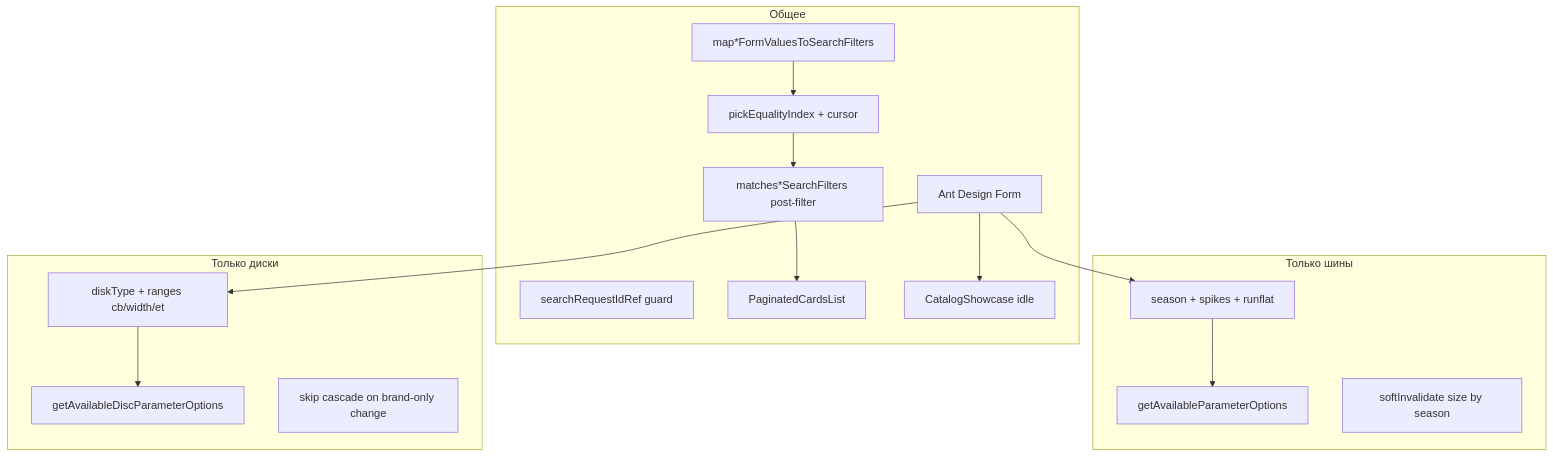
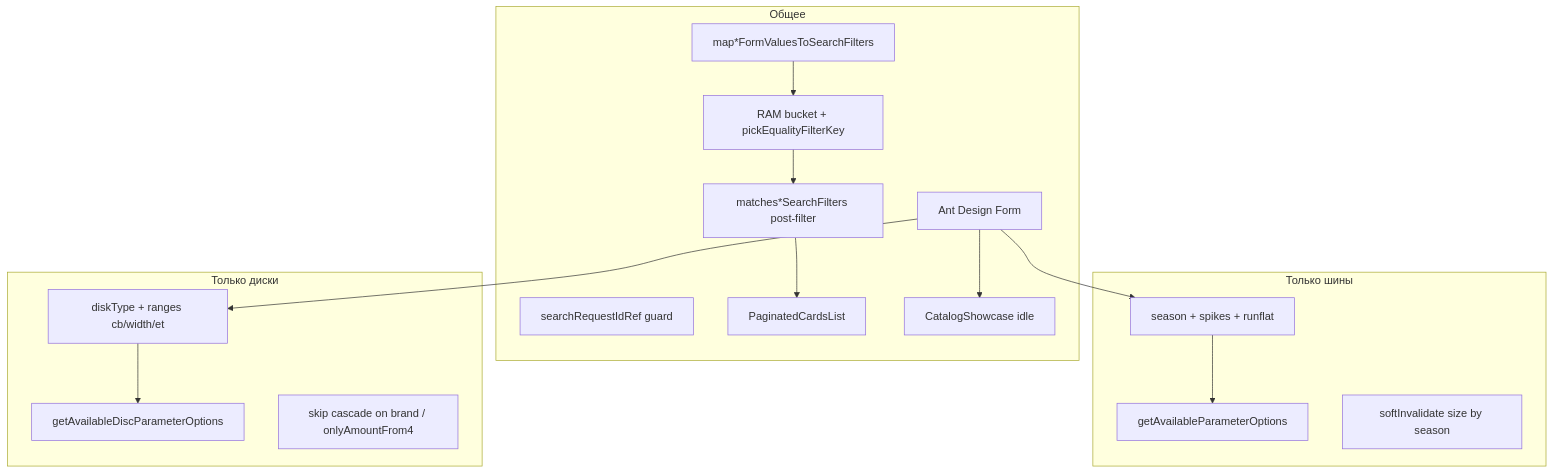
The second of 2 diagrams in docs/08-search-showcase/tire-and-disc-search.md (iscander-b10/tyres_discs), drawn with Mermaid before and after one commit. The commit also changed other lines of this file and 25 other files, not shown here.

Commit message:
Speed up catalog search by reading RAM cache instead of scanning IndexedDB on every filter change.

````diff
--- a/docs/08-search-showcase/tire-and-disc-search.md
+++ b/docs/08-search-showcase/tire-and-disc-search.md
@@ -387,31 +399,31 @@
 ```mermaid
 flowchart TB
   subgraph Shared["Общее"]
     A1[Ant Design Form]
     A2[searchRequestIdRef guard]
     A3[map*FormValuesToSearchFilters]
-    A4[pickEqualityIndex + cursor]
+    A4[RAM bucket + pickEqualityFilterKey]
     A5[matches*SearchFilters post-filter]
     A6[PaginatedCardsList]
     A7[CatalogShowcase idle]
   end
 
   subgraph TireOnly["Только шины"]
     T1[season + spikes + runflat]
     T2[getAvailableParameterOptions]
     T3[softInvalidate size by season]
   end
 
   subgraph DiscOnly["Только диски"]
     D1[diskType + ranges cb/width/et]
     D2[getAvailableDiscParameterOptions]
-    D3[skip cascade on brand-only change]
+    D3[skip cascade on brand / onlyAmountFrom4]
   end
 
   A1 --> T1
   A1 --> D1
   T1 --> T2
   D1 --> D2
   A3 --> A4 --> A5 --> A6
   A1 --> A7
 ```
````
